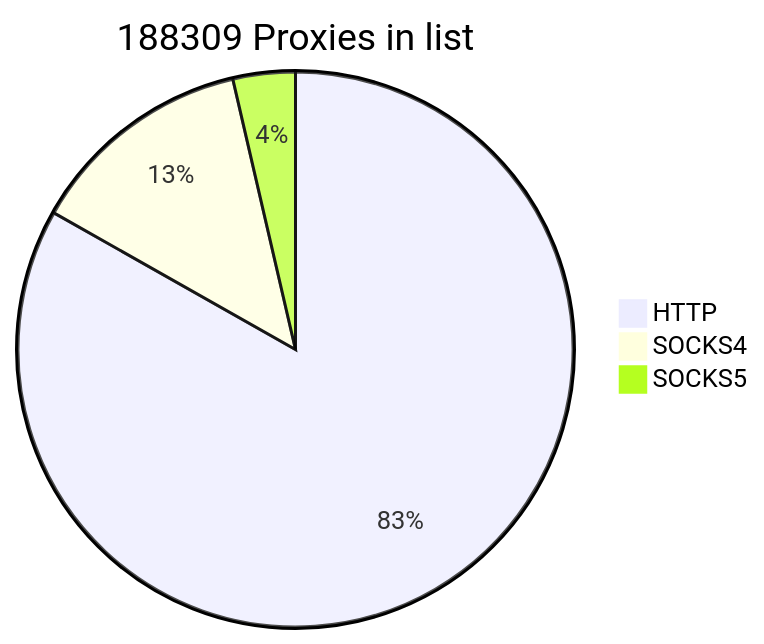
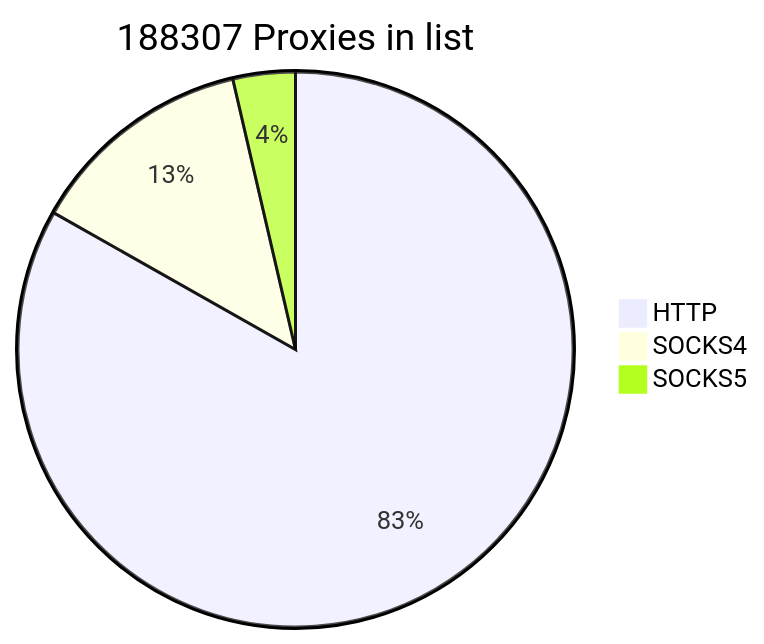
The first of 2 diagrams in README.md (cutipu/proxylist), drawn with Mermaid before and after one commit. The commit also changed other lines of this file, not shown here.

````diff
--- a/README.md
+++ b/README.md
@@ -2,7 +2,7 @@
 ```mermaid
-pie title 188309 Proxies in list
+pie title 188307 Proxies in list
     "HTTP" : 156655
-    "SOCKS4" : 24826
+    "SOCKS4" : 24824
     "SOCKS5" : 6828
             
 ```
````
